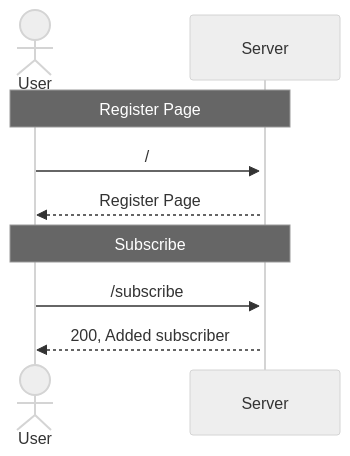
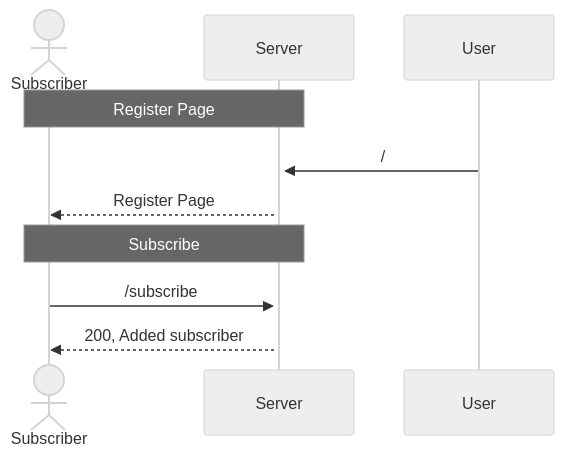
The second of 2 diagrams in readme.md (yussufbiyik/lego-store-stock-checker), drawn with Mermaid (neutral theme) before and after one commit. The commit also changed other lines of this file and 4 other files, not shown here.

````diff
--- a/readme.md
+++ b/readme.md
@@ -36,10 +36,10 @@
 ```mermaid
 sequenceDiagram
-    actor User
-    Note over User,Server: Register Page
+    actor Subscriber
+    Note over Subscriber,Server: Register Page
     User->>+Server: /
-    Server-->>User: Register Page
-    Note over User,Server: Subscribe
-    User->>+Server: /subscribe
-    Server-->>User: 200, Added subscriber
+    Server-->>Subscriber: Register Page
+    Note over Subscriber,Server: Subscribe
+    Subscriber->>+Server: /subscribe
+    Server-->>Subscriber: 200, Added subscriber
 ```
````
